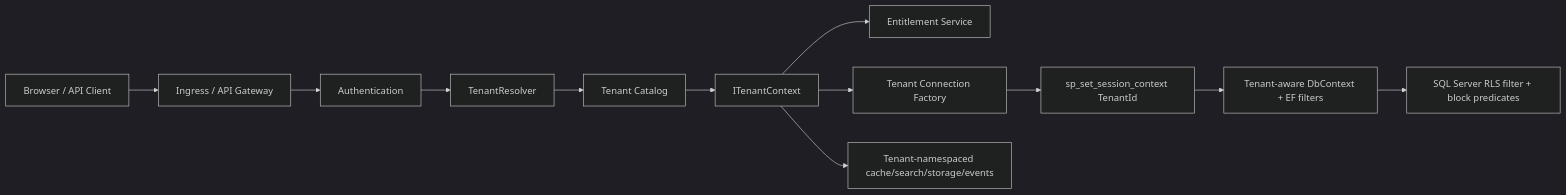
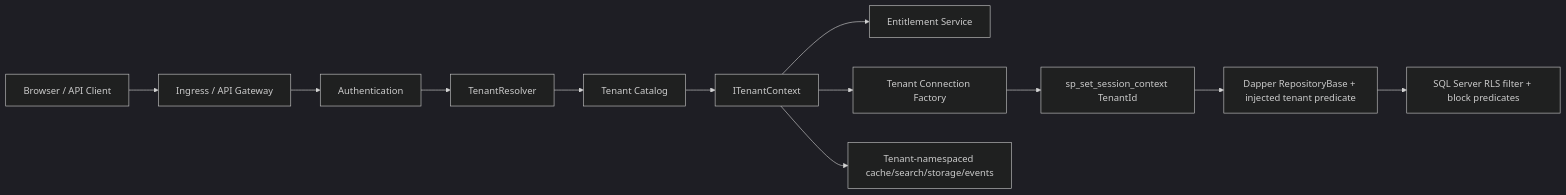
Before and after one commit to bhjji101087/my-hrms: the diagram in docs/09-development/TECH-TENANT-001-technical-design.md, drawn with Mermaid (dark theme). The commit also changed other lines of this file and 17 other files, not shown here.

````diff
--- a/docs/09-development/TECH-TENANT-001-technical-design.md
+++ b/docs/09-development/TECH-TENANT-001-technical-design.md
@@ -31,14 +31,14 @@
 ```mermaid
 flowchart LR
   Browser["Browser / API Client"] --> Gateway["Ingress / API Gateway"]
   Gateway --> Auth["Authentication"]
   Auth --> Resolver["TenantResolver"]
   Resolver --> Catalog["Tenant Catalog"]
   Catalog --> Context["ITenantContext"]
   Context --> Entitlements["Entitlement Service"]
   Context --> Connection["Tenant Connection Factory"]
   Connection --> Session["sp_set_session_context TenantId"]
-  Session --> Ef["Tenant-aware DbContext + EF filters"]
+  Session --> Ef["Dapper RepositoryBase + injected tenant predicate"]
   Ef --> Sql["SQL Server RLS filter + block predicates"]
   Context --> Cache["Tenant-namespaced cache/search/storage/events"]
 ```
````
